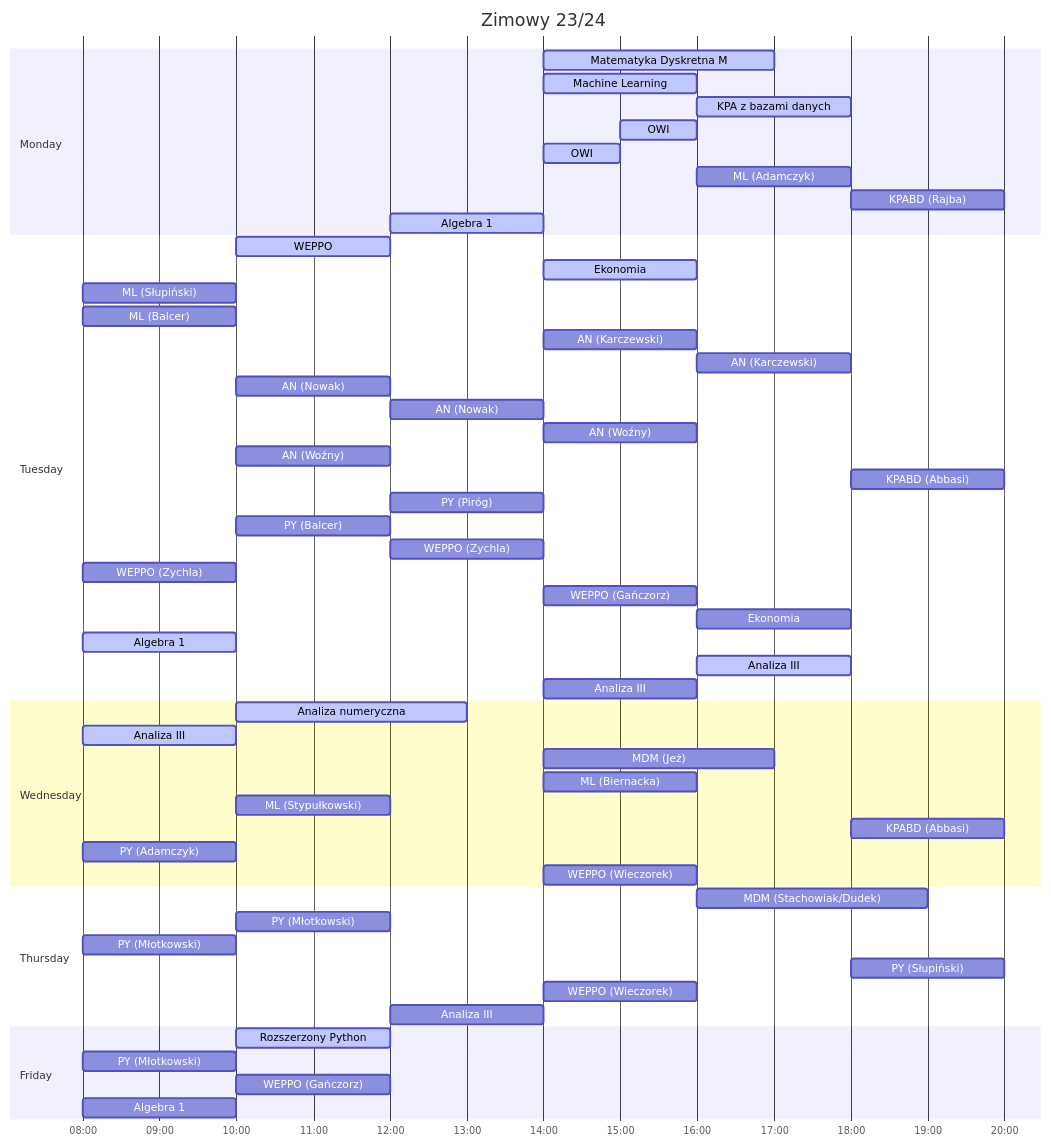
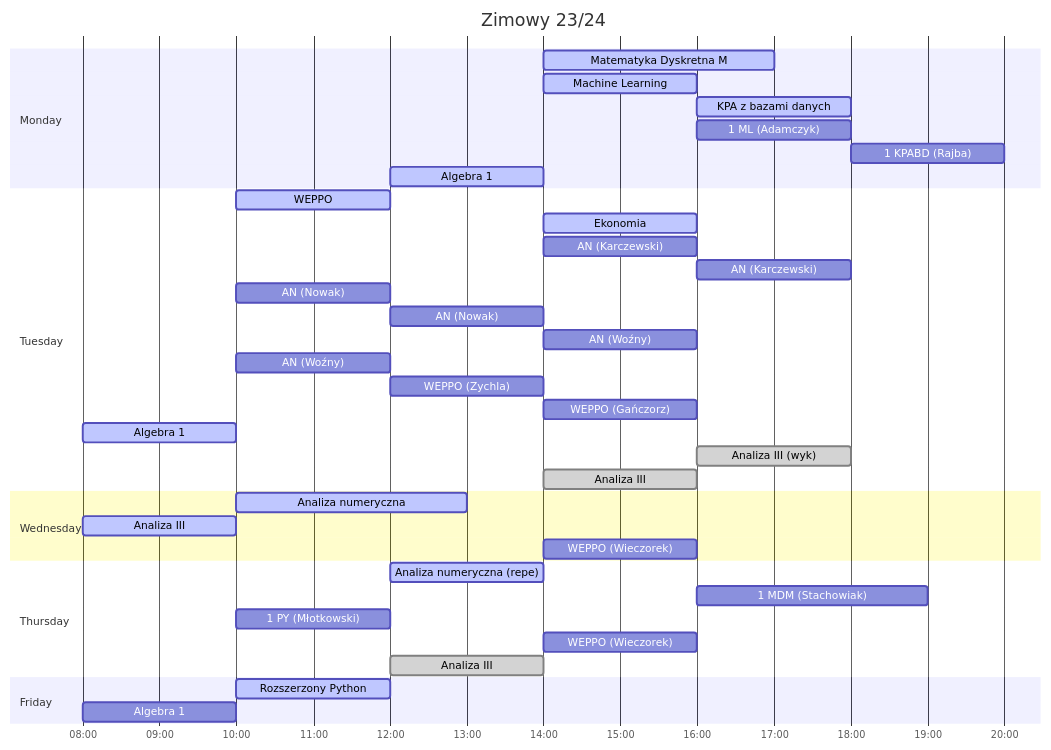
One commit to PatrykFlama/UWr changed the third of 3 diagrams in README.md. Above: the diagram before and after it, drawn with Mermaid. The commit also changed other lines of this file, not shown here.

Commit message:
thats something

````diff
--- a/README.md
+++ b/README.md
@@ -110,76 +117,74 @@
 ```mermaid
 gantt
     title Zimowy 23/24
     dateFormat HH
     axisFormat %H:%M
 
     section Monday
         Matematyka Dyskretna M          : active, 14, 17
         Machine Learning                : active, 14, 16
         KPA z bazami danych             : active, 16, 18
 
-        OWI                             : active, 15, 16
-        OWI                             : active, 14, 15
+        % OWI                             : active, 15, 16
+        % OWI                             : active, 14, 15
         
-        ML (Adamczyk)                   : 16, 18
-        KPABD (Rajba)                   : 18, 20
+        1 ML (Adamczyk)                   : 16, 18
+        1 KPABD (Rajba)                   : 18, 20
 
         Algebra 1                       : active, 12, 14
 
     section Tuesday
         WEPPO                           : active, 10, 12
         Ekonomia                        : active, 14, 16
 
-        ML (Słupiński)                  : 08, 10
-        ML (Balcer)                     : 08, 10
+        %%% 3 ML (Słupiński)                  : 08, 10
+        %%% 4 ML (Balcer)                     : 08, 10
         AN (Karczewski)                 : 14, 16
         AN (Karczewski)                 : 16, 18
         AN (Nowak)                      : 10, 12
         AN (Nowak)                      : 12, 14
         AN (Woźny)                      : 14, 16
         AN (Woźny)                      : 10, 12
-        KPABD (Abbasi)                  : 18, 20
-        PY (Piróg)                      : 12, 14
-        PY (Balcer)                     : 10, 12
+        %%% 2 KPABD (Abbasi)                  : 18, 20
+        %% PY (Piróg)                      : 12, 14
+        %% PY (Balcer)                     : 10, 12
         WEPPO (Zychla)                  : 12, 14
-        WEPPO (Zychla)                  : 08, 10
+        % WEPPO (Zychla)                  : 08, 10
         WEPPO (Gańczorz)                : 14, 16
-        Ekonomia                        : 16, 18
+        %%%% Ekonomia                        : 16, 18
 
         Algebra 1                       : active, 08, 10
-        Analiza III                     : active, 16, 18
-        Analiza III                     : 14, 16
-
+        Analiza III (wyk)               : done, 16, 18
+        Analiza III                     : done, 14, 16
 
     section Wednesday
         Analiza numeryczna              : active, 10, 13
-        Analiza III                     : active, 08, 10
+        Analiza III                     : active, done, 08, 10
 
-        MDM (Jeż)                       : 14, 17
-        ML (Biernacka)                  : 14, 16
-        ML (Stypułkowski)               : 10, 12
-        KPABD (Abbasi)                  : 18, 20
-        PY (Adamczyk)                   : 08, 10
+        %%% MDM (Jeż)                       : 14, 17
+        %%% 2 ML (Biernacka)                  : 14, 16
+        % ML (Stypułkowski)               : 10, 12
+        %%% 3 KPABD (Abbasi)                  : 18, 20
+        %% PY (Adamczyk)                   : 08, 10
         WEPPO (Wieczorek)               : 14, 16
 
+    section Thursday
+        Analiza numeryczna (repe)       : active, 12, 14
 
-    section Thursday
-        MDM (Stachowiak/Dudek)          : 16, 19
-        PY (Młotkowski)                 : 10, 12
-        PY (Młotkowski)                 : 08, 10
-        PY (Słupiński)                  : 18, 20
+        1 MDM (Stachowiak)              : 16, 19
+        %%% MDM (Dudek)                     : 16, 19
+        1 PY (Młotkowski)                 : 10, 12
+        %%% 2 PY (Młotkowski)                 : 08, 10
+        %% PY (Słupiński)                  : 18, 20
         WEPPO (Wieczorek)               : 14, 16
 
-        Analiza III                     : 12, 14
+        Analiza III                     : done, 12, 14
 
     section Friday
         Rozszerzony Python              : active, 10, 12
 
-        PY (Młotkowski)                 : 08, 10
-        WEPPO (Gańczorz)                : 10, 12
+        %%% 3 PY (Młotkowski)                 : 08, 10
+        % WEPPO (Gańczorz)                : 10, 12
 
         Algebra 1                       : 08, 10
-
-
-
 ```
````
